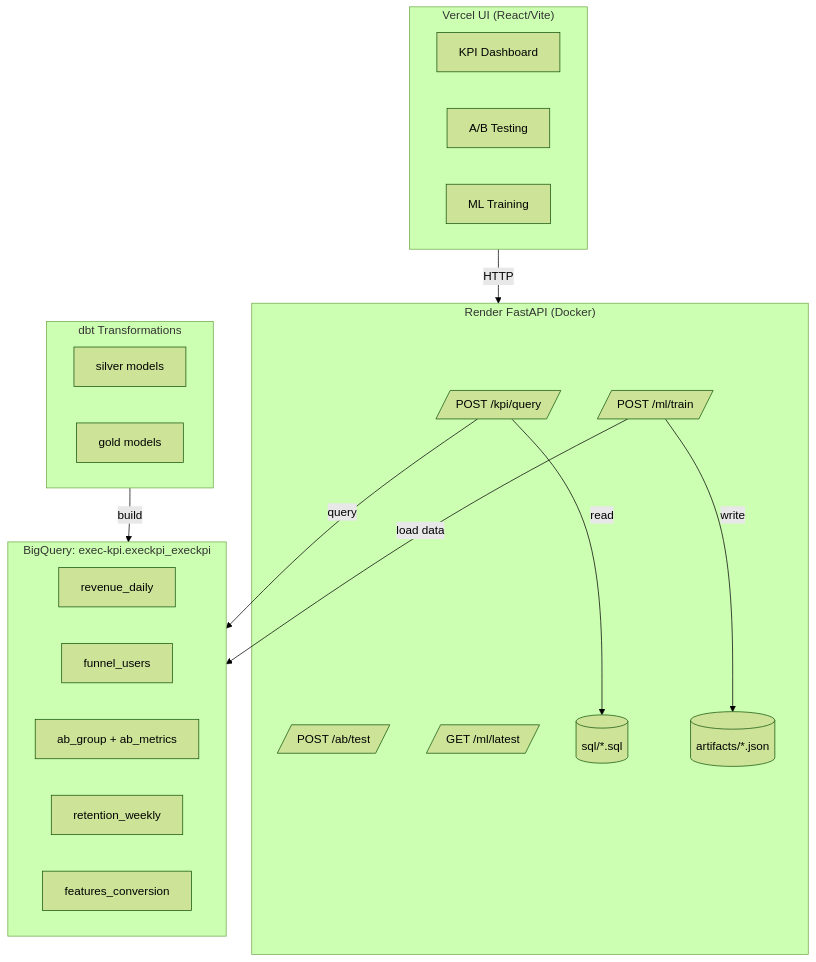
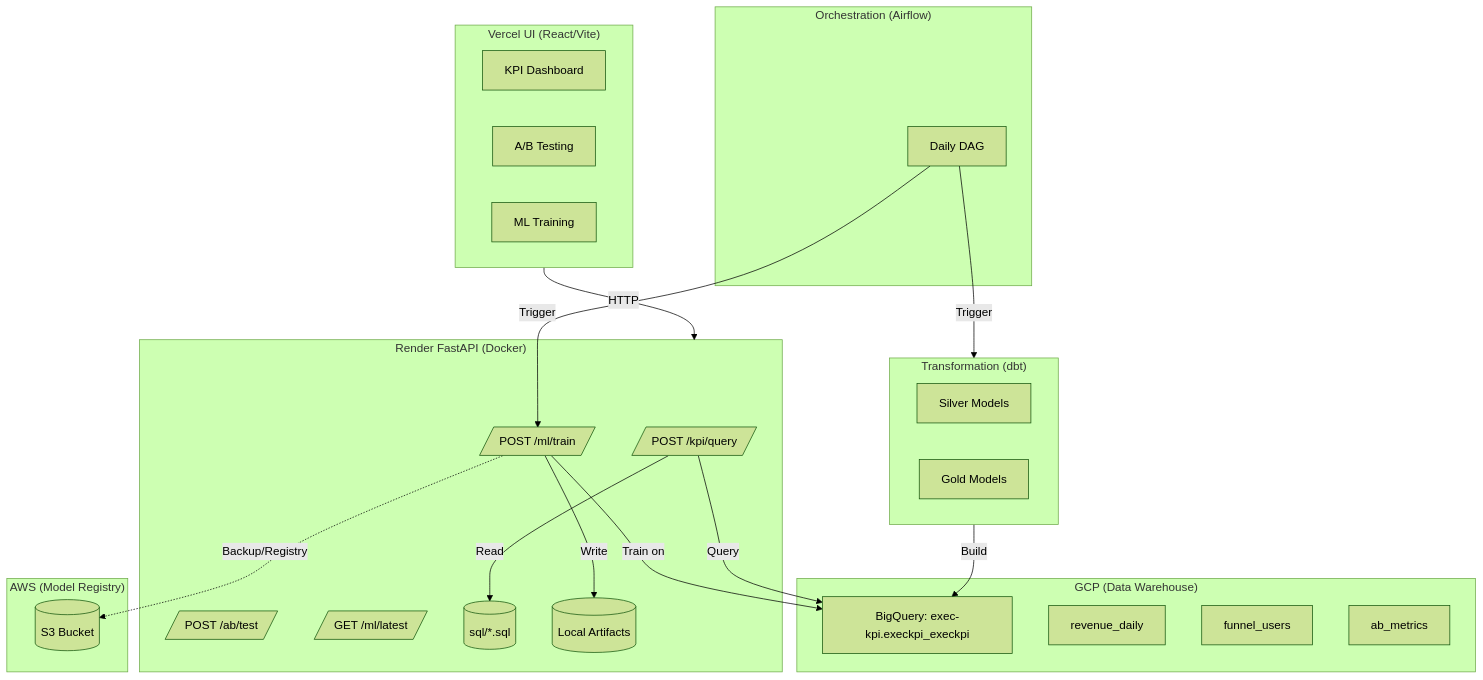
One commit to mdgolammafuz/exec-kpi changed the first of 2 diagrams in README.md. Above: the diagram before and after it, drawn with Mermaid (forest theme). The commit also changed other lines of this file and 1 other file, not shown here.

First line of the commit message:
docs(infra): document multi-cloud architecture and lock provider versions

````diff
--- a/README.md
+++ b/README.md
@@ -88,37 +90,54 @@
 ```mermaid
 flowchart TD
-    subgraph UI["Vercel UI (React/Vite)"]
+    subgraph Orchestration ["Orchestration (Airflow)"]
+        DAG[Daily DAG]
+    end
+
+    subgraph UI ["Vercel UI (React/Vite)"]
         A[KPI Dashboard]
         B[A/B Testing]
         C[ML Training]
     end
 
-    subgraph BE["Render FastAPI (Docker)"]
+    subgraph BE ["Render FastAPI (Docker)"]
         BE1[/POST /kpi/query/]
         BE2[/POST /ab/test/]
         BE3[/POST /ml/train/]
         BE4[/GET /ml/latest/]
         SQ[(sql/*.sql)]
-        ART[(artifacts/*.json)]
+        ART_LOC[(Local Artifacts)]
     end
 
-    subgraph BQ["BigQuery: exec-kpi.execkpi_execkpi"]
+    subgraph GCP ["GCP (Data Warehouse)"]
+        BQ[BigQuery: exec-kpi.execkpi_execkpi]
         T1[revenue_daily]
         T2[funnel_users]
-        T3[ab_group + ab_metrics]
-        T4[retention_weekly]
-        T5[features_conversion]
+        T3[ab_metrics]
     end
 
-    subgraph DBT["dbt Transformations"]
-        D1[silver models]
-        D2[gold models]
+    subgraph AWS ["AWS (Model Registry)"]
+        S3[(S3 Bucket)]
     end
 
+    subgraph DBT ["Transformation (dbt)"]
+        D1[Silver Models]
+        D2[Gold Models]
+    end
+
+    %% Data Governance / Scheduling
+    DAG -->|Trigger| DBT
+    DAG -->|Trigger| BE3
+
+    %% User Interaction
     UI -->|HTTP| BE
-    BE1 -->|read| SQ
-    BE1 -->|query| BQ
-    BE3 -->|load data| BQ
-    BE3 -->|write| ART
-    DBT -->|build| BQ
+    BE1 -->|Read| SQ
+    BE1 -->|Query| BQ
+    
+    %% ML Pipeline
+    BE3 -->|Train on| BQ
+    BE3 -->|Write| ART_LOC
+    BE3 -.->|Backup/Registry| S3
+    
+    %% Data Engineering
+    DBT -->|Build| BQ
 ```
````
